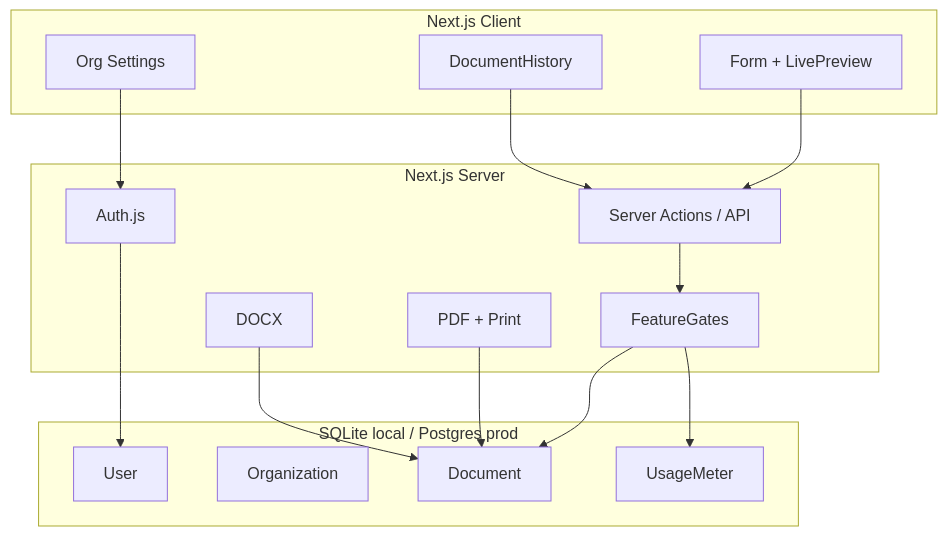
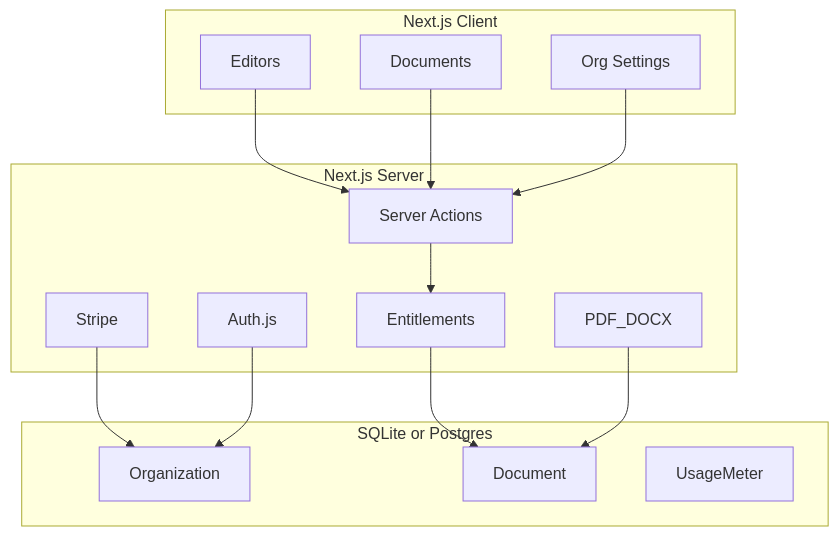
The second of 2 diagrams in docs/OVERVIEW.md (akhira022/EasyKrut), drawn with Mermaid before and after one commit. The commit also changed other lines of this file and 3 other files, not shown here.

````diff
--- a/docs/OVERVIEW.md
+++ b/docs/OVERVIEW.md
@@ -148,33 +119,28 @@
 ```mermaid
 flowchart TB
   subgraph client [Next.js Client]
-    Editor[Form + LivePreview]
-    History[DocumentHistory]
+    Editor[Editors]
+    History[Documents]
     OrgUI[Org Settings]
   end
-
   subgraph server [Next.js Server]
     Auth[Auth.js]
-    API[Server Actions / API]
-    Gates[FeatureGates]
-    ExportPDF[PDF + Print]
-    ExportDOCX[DOCX]
+    Actions[Server Actions]
+    Gates[Entitlements]
+    Export[PDF_DOCX]
+    StripeAPI[Stripe]
   end
-
-  subgraph data [SQLite local / Postgres prod]
-    Users[User]
+  subgraph data [SQLite or Postgres]
     Orgs[Organization]
     Docs[Document]
     Usage[UsageMeter]
   end
-
-  Editor --> API
-  History --> API
-  OrgUI --> Auth
-  API --> Gates
+  Editor --> Actions
+  History --> Actions
+  OrgUI --> Actions
+  Actions --> Gates
   Gates --> Docs
-  Gates --> Usage
-  ExportPDF --> Docs
-  ExportDOCX --> Docs
-  Auth --> Users
+  Export --> Docs
+  StripeAPI --> Orgs
+  Auth --> Orgs
 ```
````
